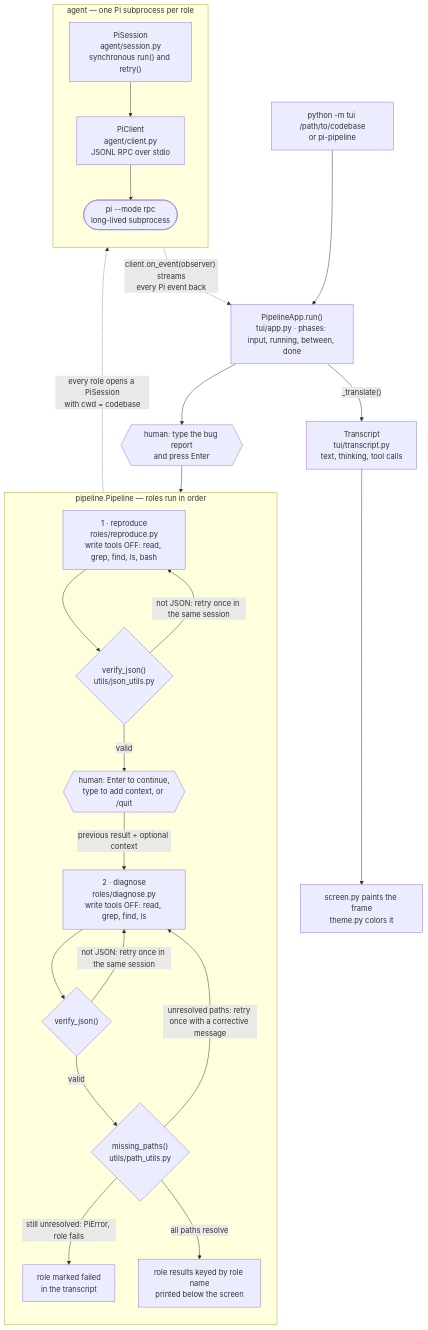
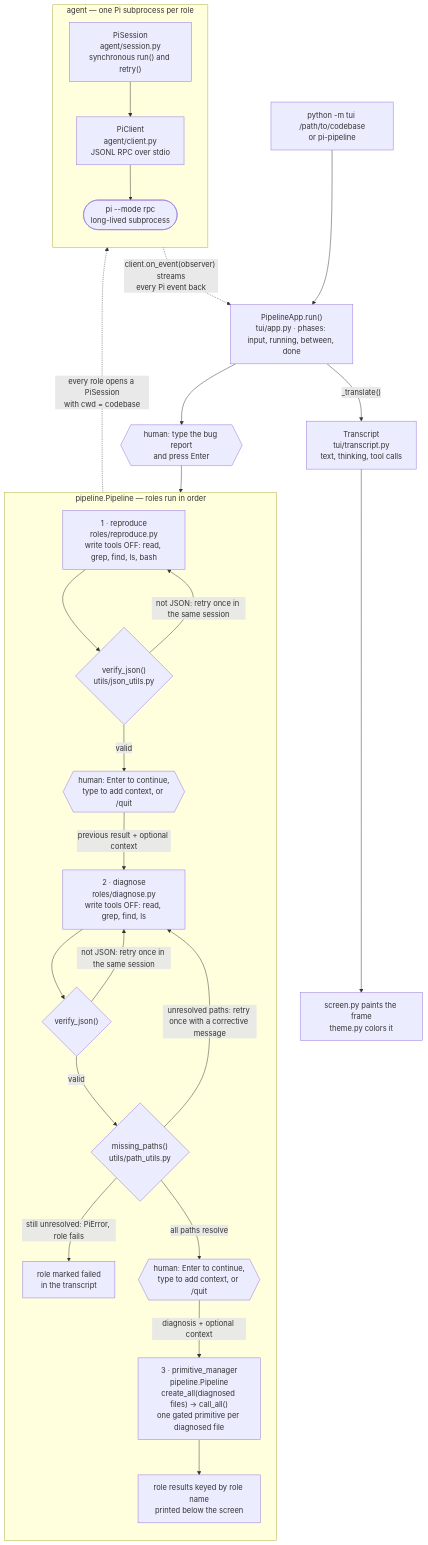
The diagram in README.md (ButterHost69/hermes-primitives), drawn with Mermaid before and after one commit. The commit also changed other lines of this file and 5 other files, not shown here.

Commit message:
feat: primiitve manager startd primitives

````diff
--- a/README.md
+++ b/README.md
@@ -215,31 +226,33 @@
 ```mermaid
 flowchart TD
     CLI["python -m tui /path/to/codebase<br/>or pi-pipeline"] --> APP["PipelineApp.run()<br/>tui/app.py · phases: input, running, between, done"]
     APP --> REPORT{{"human: type the bug report<br/>and press Enter"}}
     REPORT --> ROLES
 
     subgraph ROLES["pipeline.Pipeline — roles run in order"]
         direction TB
         REPRO["1 · reproduce<br/>roles/reproduce.py<br/>write tools OFF: read, grep, find, ls, bash"] --> CHECK1{"verify_json()<br/>utils/json_utils.py"}
         CHECK1 -->|"not JSON: retry once in the same session"| REPRO
         CHECK1 -->|"valid"| GATE{{"human: Enter to continue,<br/>type to add context, or /quit"}}
         GATE -->|"previous result + optional context"| DIAGNOSE
         DIAGNOSE["2 · diagnose<br/>roles/diagnose.py<br/>write tools OFF: read, grep, find, ls"] --> CHECK2{"verify_json()"}
         CHECK2 -->|"not JSON: retry once in the same session"| DIAGNOSE
         CHECK2 -->|"valid"| PATHS{"missing_paths()<br/>utils/path_utils.py"}
         PATHS -->|"unresolved paths: retry once with a corrective message"| DIAGNOSE
         PATHS -->|"still unresolved: PiError, role fails"| FAILED["role marked failed<br/>in the transcript"]
-        PATHS -->|"all paths resolve"| DONE["role results keyed by role name<br/>printed below the screen"]
+        PATHS -->|"all paths resolve"| GATE2{{"human: Enter to continue,<br/>type to add context, or /quit"}}
+        GATE2 -->|"diagnosis + optional context"| PRIMITIVES
+        PRIMITIVES["3 · primitive_manager<br/>pipeline.Pipeline<br/>create_all(diagnosed files) → call_all()<br/>one gated primitive per diagnosed file"] --> DONE["role results keyed by role name<br/>printed below the screen"]
     end
 
     subgraph AGENT["agent — one Pi subprocess per role"]
         direction TB
         SESSION["PiSession<br/>agent/session.py<br/>synchronous run() and retry()"] --> CLIENT["PiClient<br/>agent/client.py<br/>JSONL RPC over stdio"]
         CLIENT --> PI(["pi --mode rpc<br/>long-lived subprocess"])
     end
 
     ROLES -.->|"every role opens a PiSession<br/>with cwd = codebase"| SESSION
     SESSION -.->|"client.on_event(observer) streams<br/>every Pi event back"| APP
     APP -->|"_translate()"| STREAM["Transcript<br/>tui/transcript.py<br/>text, thinking, tool calls"]
     STREAM --> PAINT["screen.py paints the frame<br/>theme.py colors it"]
 ```
````
